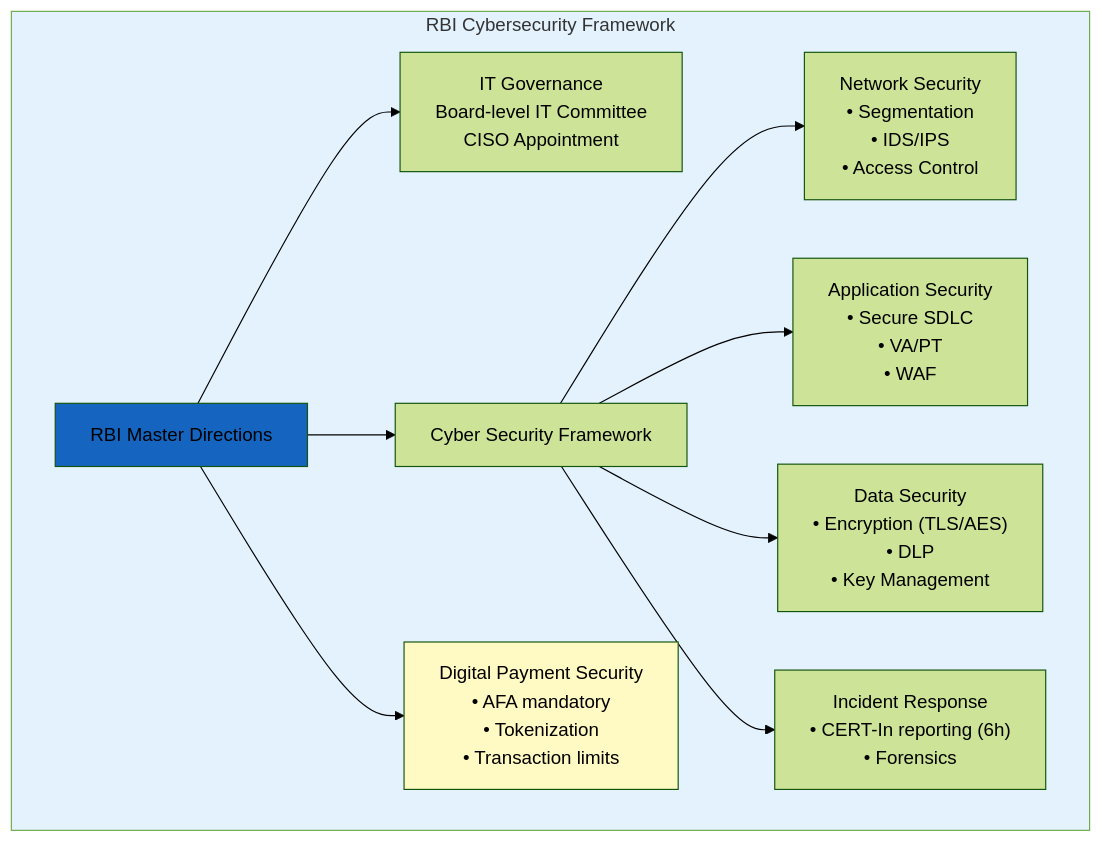
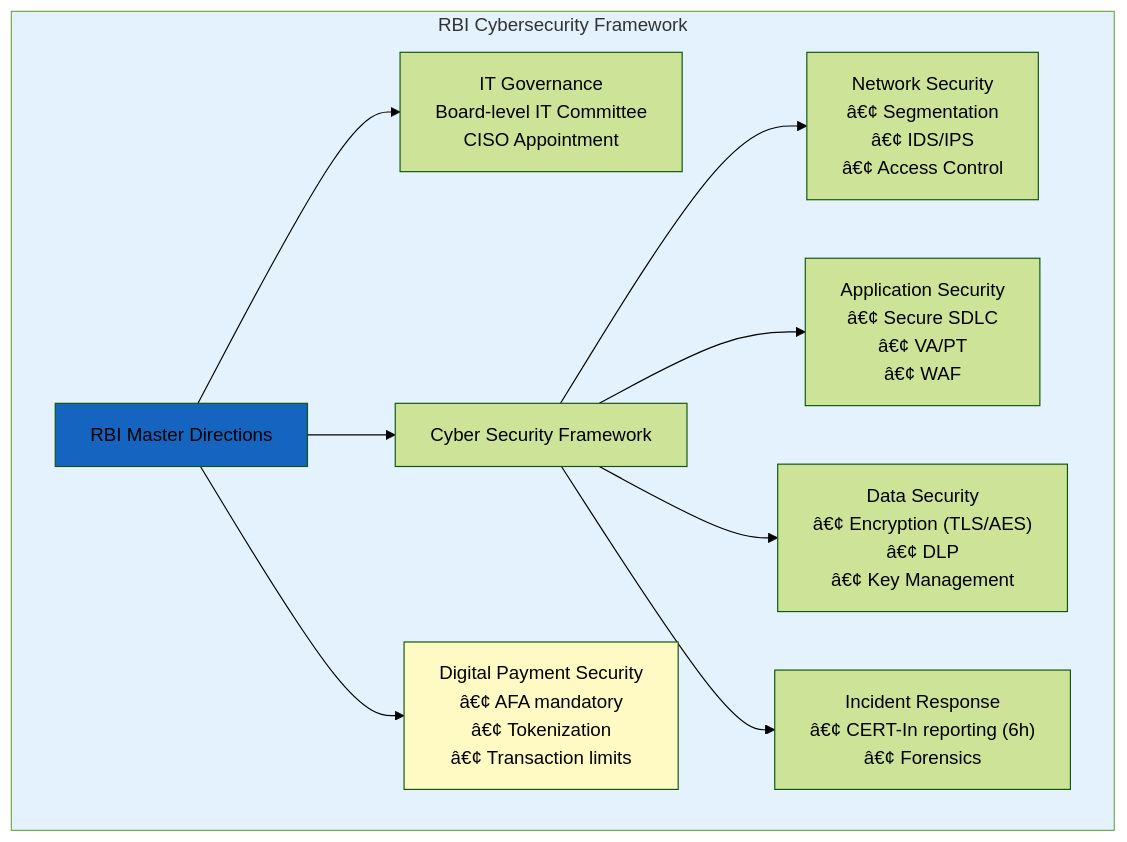
One commit to Raushan666java/ai-engineering-journey changed the first of 4 diagrams in docs/courses/information-security/05-banking-payment-security.md. Above: the diagram before and after it, drawn with Mermaid (forest theme). The commit also changed other lines of this file and 735 other files, not shown here.

````diff
--- a/docs/courses/information-security/05-banking-payment-security.md
+++ b/docs/courses/information-security/05-banking-payment-security.md
@@ -83,15 +83,15 @@
 ```mermaid
 flowchart TD
     subgraph RBIFramework[RBI Cybersecurity Framework]
         RB["RBI Master Directions"] --> ITG["IT Governance<br/>Board-level IT Committee<br/>CISO Appointment"]
         RB --> CSF["Cyber Security Framework"]
-        CSF --> NS["Network Security<br/>• Segmentation<br/>• IDS/IPS<br/>• Access Control"]
-        CSF --> AS["Application Security<br/>• Secure SDLC<br/>• VA/PT<br/>• WAF"]
-        CSF --> DS["Data Security<br/>• Encryption (TLS/AES)<br/>• DLP<br/>• Key Management"]
-        CSF --> IR["Incident Response<br/>• CERT-In reporting (6h)<br/>• Forensics"]
-        RB --> PAY["Digital Payment Security<br/>• AFA mandatory<br/>• Tokenization<br/>• Transaction limits"]
+        CSF --> NS["Network Security<br/>â€¢ Segmentation<br/>â€¢ IDS/IPS<br/>â€¢ Access Control"]
+        CSF --> AS["Application Security<br/>â€¢ Secure SDLC<br/>â€¢ VA/PT<br/>â€¢ WAF"]
+        CSF --> DS["Data Security<br/>â€¢ Encryption (TLS/AES)<br/>â€¢ DLP<br/>â€¢ Key Management"]
+        CSF --> IR["Incident Response<br/>â€¢ CERT-In reporting (6h)<br/>â€¢ Forensics"]
+        RB --> PAY["Digital Payment Security<br/>â€¢ AFA mandatory<br/>â€¢ Tokenization<br/>â€¢ Transaction limits"]
     end
     style RBIFramework fill:#e3f2fd
     style RB fill:#1565c0
     style PAY fill:#fff9c4
 ```
````
